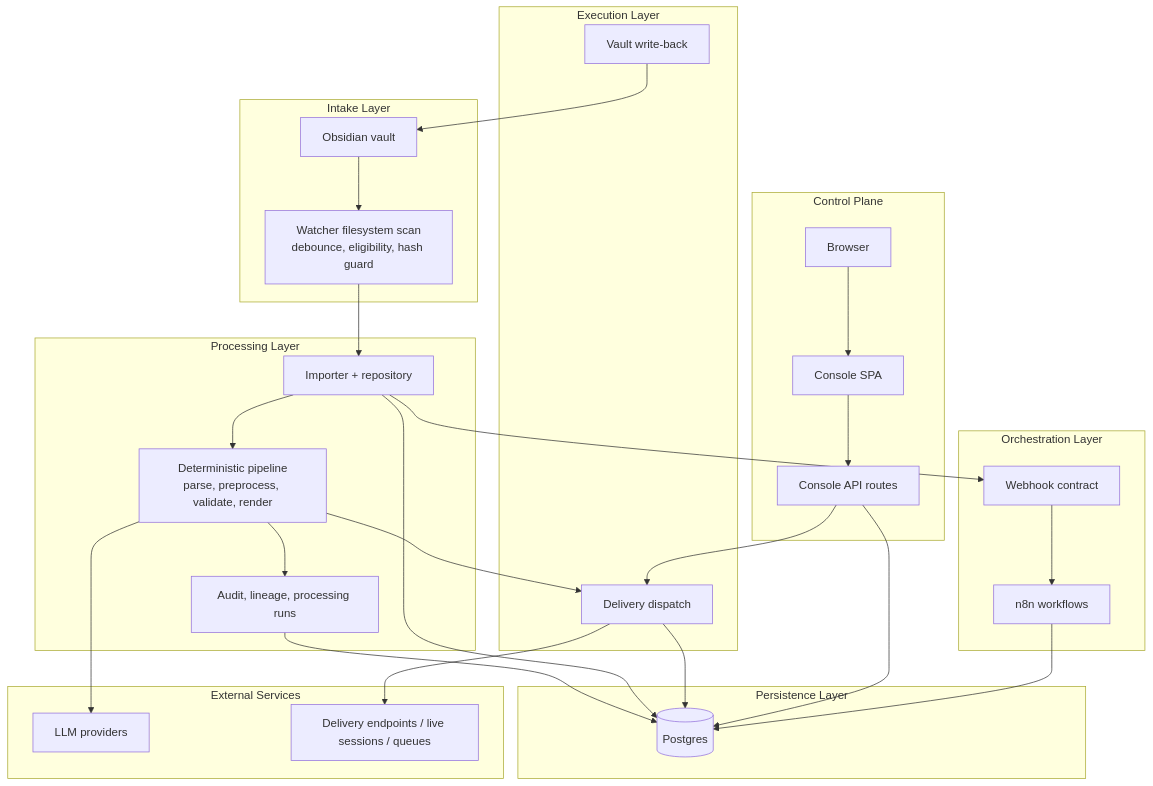
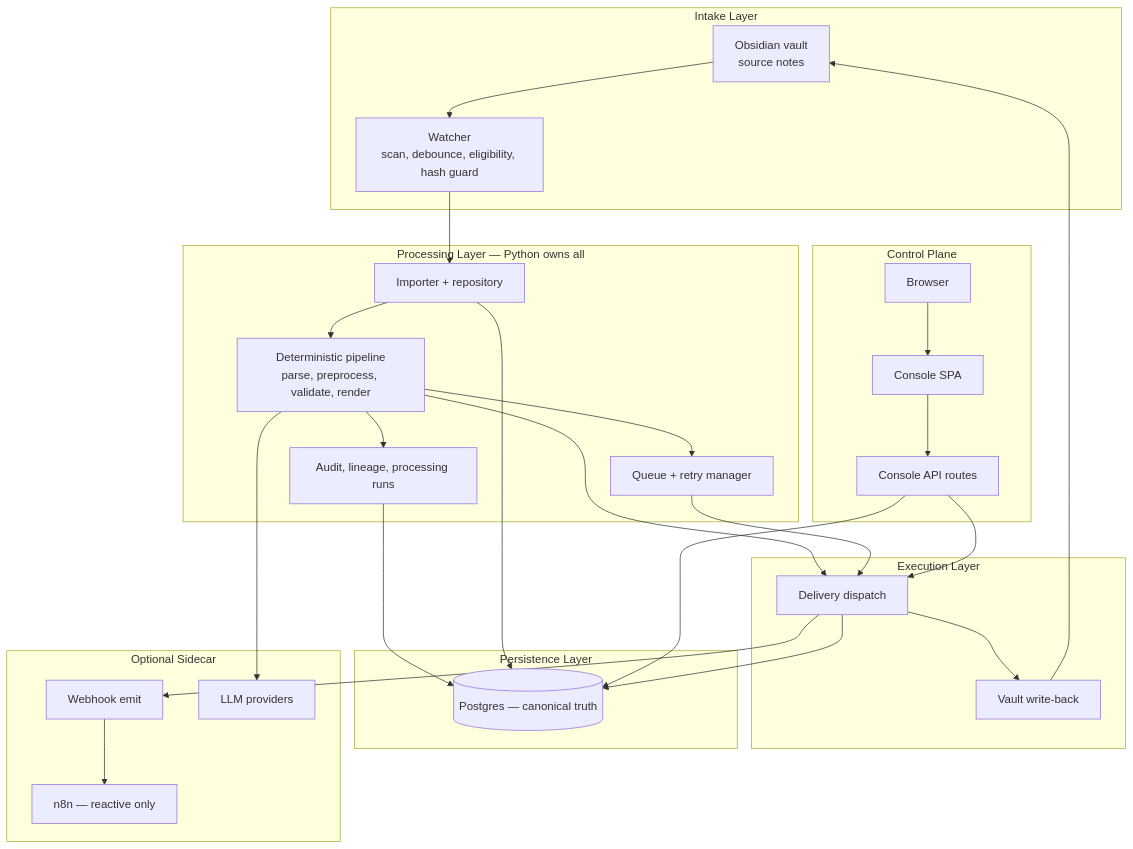
Before and after one commit to ngallodev-software/stt-n8n-promptbuilder: the second of 9 diagrams in docs/promptforge-system-architecture.md, drawn with Mermaid. The commit also changed other lines of this file and 27 other files, not shown here.

````diff
--- a/docs/promptforge-system-architecture.md
+++ b/docs/promptforge-system-architecture.md
@@ -69,50 +67,47 @@
 ```mermaid
 flowchart TB
   subgraph intake[Intake Layer]
-    vault[Obsidian vault]
-    watcherfs[Watcher filesystem scan<br/>debounce, eligibility, hash guard]
+    vault[Obsidian vault<br/>source notes]
+    watcherfs[Watcher<br/>scan, debounce, eligibility, hash guard]
   end
 
-  subgraph processing[Processing Layer]
+  subgraph processing[Processing Layer — Python owns all]
     importer[Importer + repository]
     pipeline[Deterministic pipeline<br/>parse, preprocess, validate, render]
+    queue[Queue + retry manager]
     lineage[Audit, lineage, processing runs]
   end
 
   subgraph control[Control Plane]
     browser[Browser]
     console[Console SPA]
     consoleapi[Console API routes]
   end
 
   subgraph execution[Execution Layer]
     dispatch[Delivery dispatch]
     writeback[Vault write-back]
   end
 
-  subgraph orchestration[Orchestration Layer]
-    webhook[Webhook contract]
-    n8n[n8n workflows]
+  subgraph persistence[Persistence Layer]
+    pg[(Postgres — canonical truth)]
   end
 
-  subgraph external[External Services]
+  subgraph sidecar[Optional Sidecar]
+    webhook[Webhook emit]
+    n8n[n8n — reactive only]
     llm[LLM providers]
-    endpoints[Delivery endpoints / live sessions / queues]
-  end
-
-  subgraph persistence[Persistence Layer]
-    pg[(Postgres)]
   end
 
   vault --> watcherfs --> importer --> pipeline --> dispatch
+  pipeline --> queue --> dispatch
   pipeline --> lineage --> pg
   importer --> pg
   dispatch --> pg
   writeback --> vault
   browser --> console --> consoleapi --> pg
   consoleapi --> dispatch
   pipeline --> llm
-  importer --> webhook --> n8n
-  dispatch --> endpoints
-  n8n --> pg
+  dispatch --> webhook --> n8n
+  dispatch --> writeback
 ```
````
